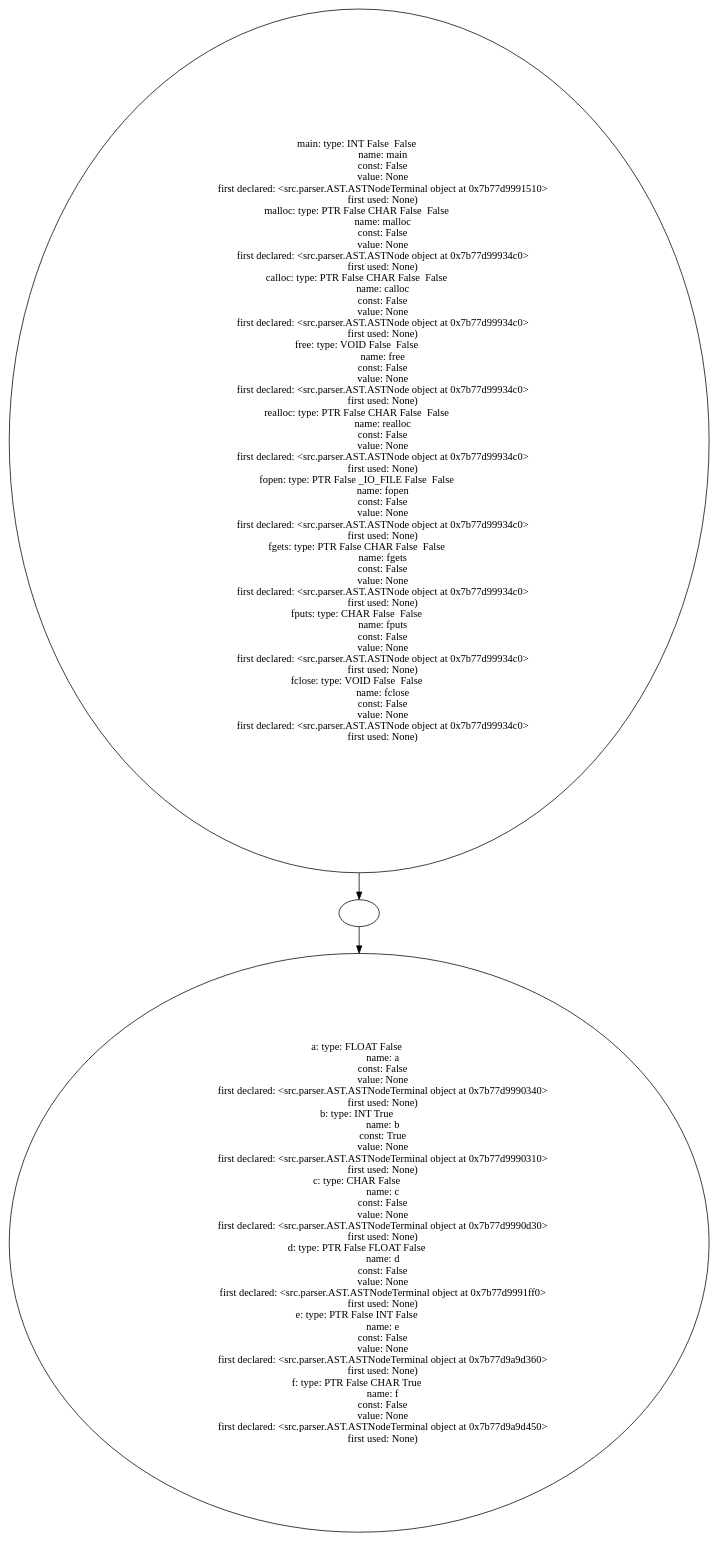
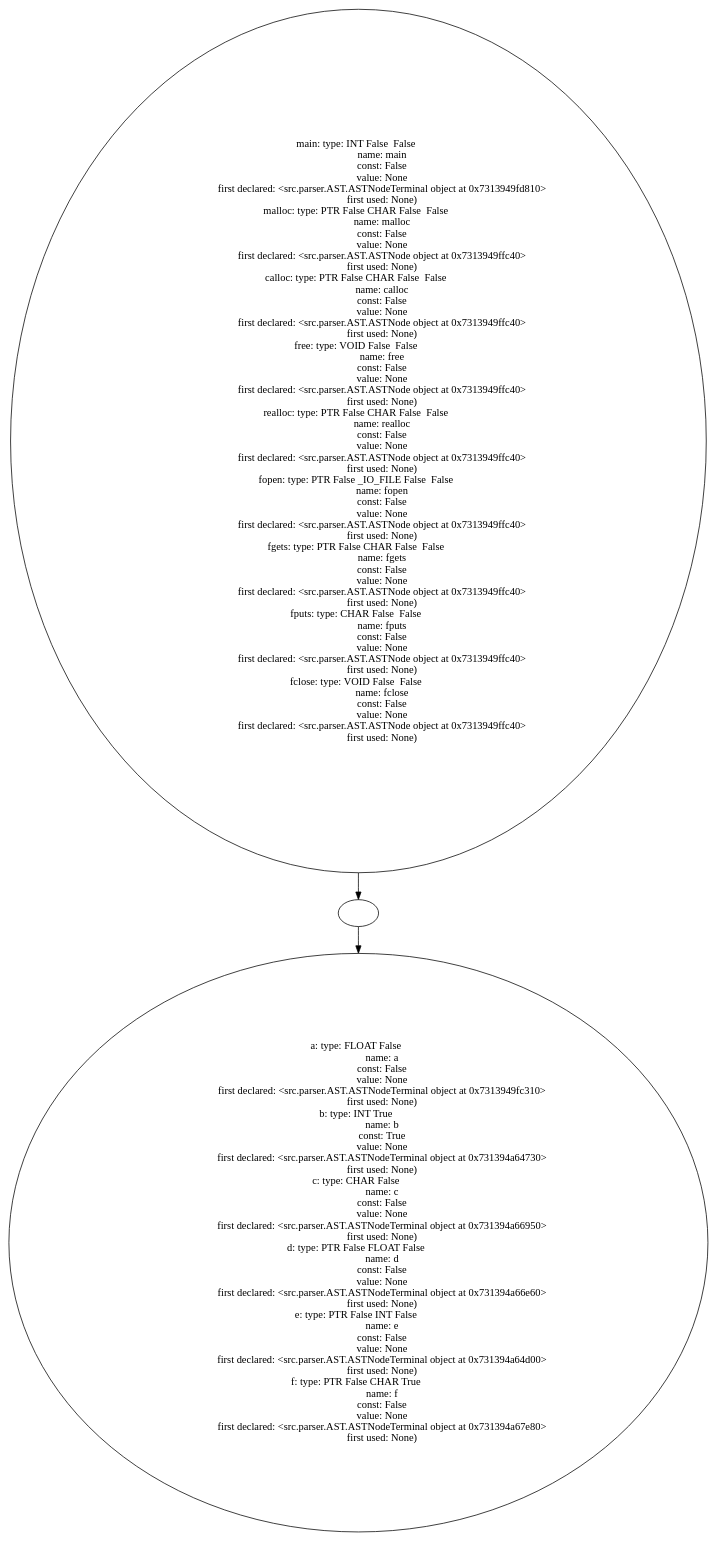
The diagram in example_source_files/12_pointers_to_const_values/12_pointers_to_const_values_table.dot (Are-you-listening/Compilers), drawn with Graphviz before and after one commit. The commit also changed 224 other files, not shown here.

```diff
--- a/example_source_files/12_pointers_to_const_values/12_pointers_to_const_values_table.dot
+++ b/example_source_files/12_pointers_to_const_values/12_pointers_to_const_values_table.dot
@@ -1,95 +1,95 @@
 digraph AST {
-  "135754682019376" [label="main: type: INT False  False  
+  "126527935506480" [label="main: type: INT False  False  
                    name: main
                    const: False
                    value: None
-                   first declared: <src.parser.AST.ASTNodeTerminal object at 0x7b77d9991510>
+                   first declared: <src.parser.AST.ASTNodeTerminal object at 0x7313949fd810>
                    first used: None)
 malloc: type: PTR False CHAR False  False  
                    name: malloc
                    const: False
                    value: None
-                   first declared: <src.parser.AST.ASTNode object at 0x7b77d99934c0>
+                   first declared: <src.parser.AST.ASTNode object at 0x7313949ffc40>
                    first used: None)
 calloc: type: PTR False CHAR False  False  
                    name: calloc
                    const: False
                    value: None
-                   first declared: <src.parser.AST.ASTNode object at 0x7b77d99934c0>
+                   first declared: <src.parser.AST.ASTNode object at 0x7313949ffc40>
                    first used: None)
 free: type: VOID False  False  
                    name: free
                    const: False
                    value: None
-                   first declared: <src.parser.AST.ASTNode object at 0x7b77d99934c0>
+                   first declared: <src.parser.AST.ASTNode object at 0x7313949ffc40>
                    first used: None)
 realloc: type: PTR False CHAR False  False  
                    name: realloc
                    const: False
                    value: None
-                   first declared: <src.parser.AST.ASTNode object at 0x7b77d99934c0>
+                   first declared: <src.parser.AST.ASTNode object at 0x7313949ffc40>
                    first used: None)
 fopen: type: PTR False _IO_FILE False  False  
                    name: fopen
                    const: False
                    value: None
-                   first declared: <src.parser.AST.ASTNode object at 0x7b77d99934c0>
+                   first declared: <src.parser.AST.ASTNode object at 0x7313949ffc40>
                    first used: None)
 fgets: type: PTR False CHAR False  False  
                    name: fgets
                    const: False
                    value: None
-                   first declared: <src.parser.AST.ASTNode object at 0x7b77d99934c0>
+                   first declared: <src.parser.AST.ASTNode object at 0x7313949ffc40>
                    first used: None)
 fputs: type: CHAR False  False  
                    name: fputs
                    const: False
                    value: None
-                   first declared: <src.parser.AST.ASTNode object at 0x7b77d99934c0>
+                   first declared: <src.parser.AST.ASTNode object at 0x7313949ffc40>
                    first used: None)
 fclose: type: VOID False  False  
                    name: fclose
                    const: False
                    value: None
-                   first declared: <src.parser.AST.ASTNode object at 0x7b77d99934c0>
+                   first declared: <src.parser.AST.ASTNode object at 0x7313949ffc40>
                    first used: None)"];
-  "135754682019376" -> "135754682011024";
-  "135754682011024" [label=""];
-  "135754682011024" -> "135754682018464";
-  "135754682018464" [label="a: type: FLOAT False  
+  "126527935506480" -> "126527935505328";
+  "126527935505328" [label=""];
+  "126527935505328" -> "126527935503792";
+  "126527935503792" [label="a: type: FLOAT False  
                    name: a
                    const: False
                    value: None
-                   first declared: <src.parser.AST.ASTNodeTerminal object at 0x7b77d9990340>
+                   first declared: <src.parser.AST.ASTNodeTerminal object at 0x7313949fc310>
                    first used: None)
 b: type: INT True  
                    name: b
                    const: True
                    value: None
-                   first declared: <src.parser.AST.ASTNodeTerminal object at 0x7b77d9990310>
+                   first declared: <src.parser.AST.ASTNodeTerminal object at 0x731394a64730>
                    first used: None)
 c: type: CHAR False  
                    name: c
                    const: False
                    value: None
-                   first declared: <src.parser.AST.ASTNodeTerminal object at 0x7b77d9990d30>
+                   first declared: <src.parser.AST.ASTNodeTerminal object at 0x731394a66950>
                    first used: None)
 d: type: PTR False FLOAT False  
                    name: d
                    const: False
                    value: None
-                   first declared: <src.parser.AST.ASTNodeTerminal object at 0x7b77d9991ff0>
+                   first declared: <src.parser.AST.ASTNodeTerminal object at 0x731394a66e60>
                    first used: None)
 e: type: PTR False INT False  
                    name: e
                    const: False
                    value: None
-                   first declared: <src.parser.AST.ASTNodeTerminal object at 0x7b77d9a9d360>
+                   first declared: <src.parser.AST.ASTNodeTerminal object at 0x731394a64d00>
                    first used: None)
 f: type: PTR False CHAR True  
                    name: f
                    const: False
                    value: None
-                   first declared: <src.parser.AST.ASTNodeTerminal object at 0x7b77d9a9d450>
+                   first declared: <src.parser.AST.ASTNodeTerminal object at 0x731394a67e80>
                    first used: None)"];
 }
```
